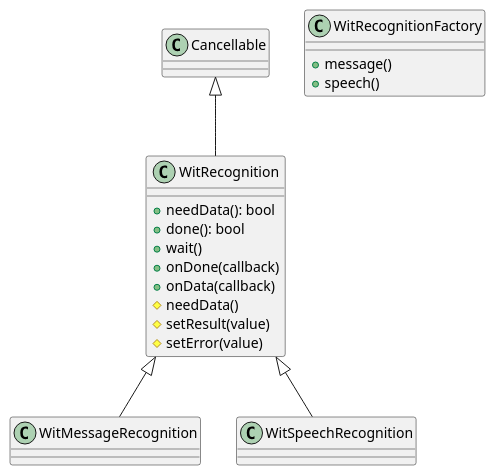
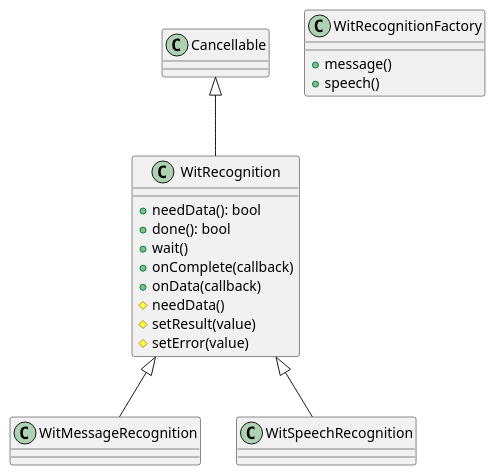
One commit to denoming/rintento changed the fourth of 9 diagrams in src/intent/doc/intent.md. Above: the diagram before and after it, drawn with PlantUML. The commit also changed other lines of this file and 27 other files, not shown here.

````diff
--- a/src/intent/doc/intent.md
+++ b/src/intent/doc/intent.md
@@ -143,25 +143,25 @@
 ```plantuml
 @startuml
 
 class WitRecognition {
     +needData(): bool
     +done(): bool
     +wait()
-    +onDone(callback)
+    +onComplete(callback)
     +onData(callback)
     #needData()
     #setResult(value)
     #setError(value)
 }
 
 Cancellable <|-- WitRecognition
 WitRecognition <|-- WitMessageRecognition 
 WitRecognition <|-- WitSpeechRecognition
 
 class WitRecognitionFactory {
     +message()
     +speech()
 }
 
 @enduml
 ```
````
